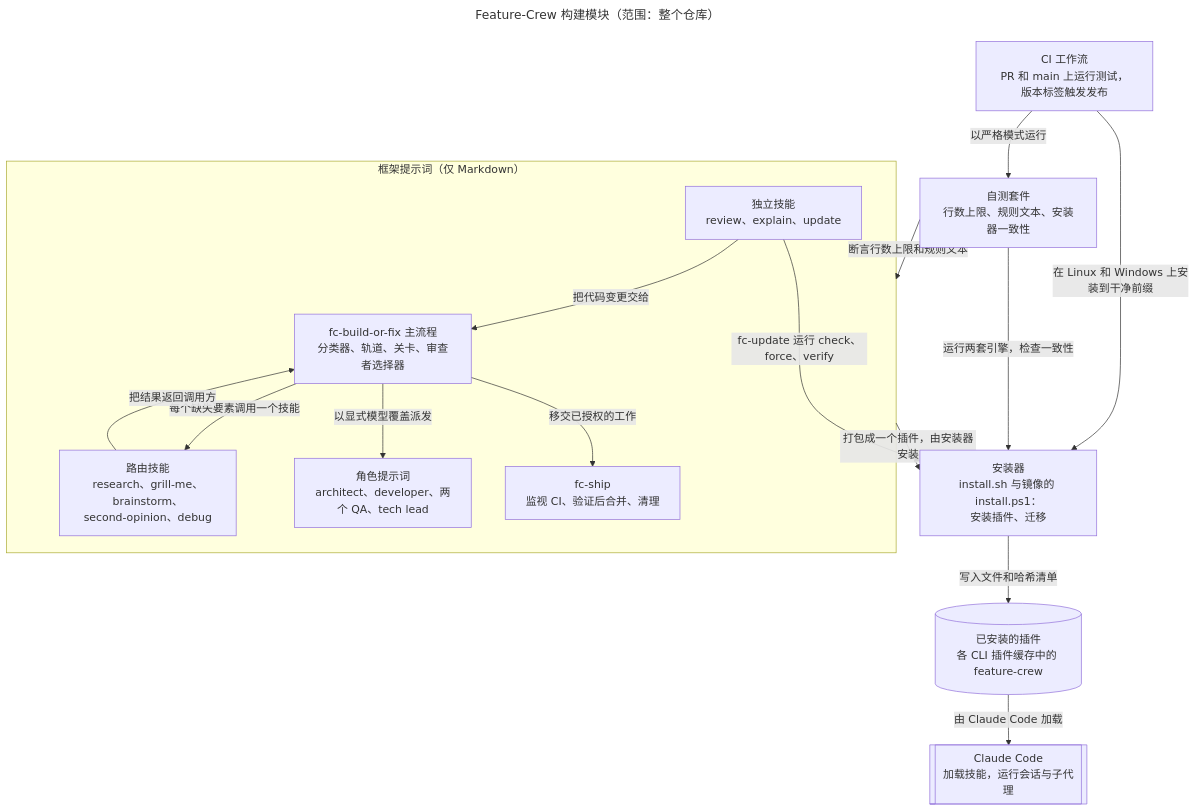
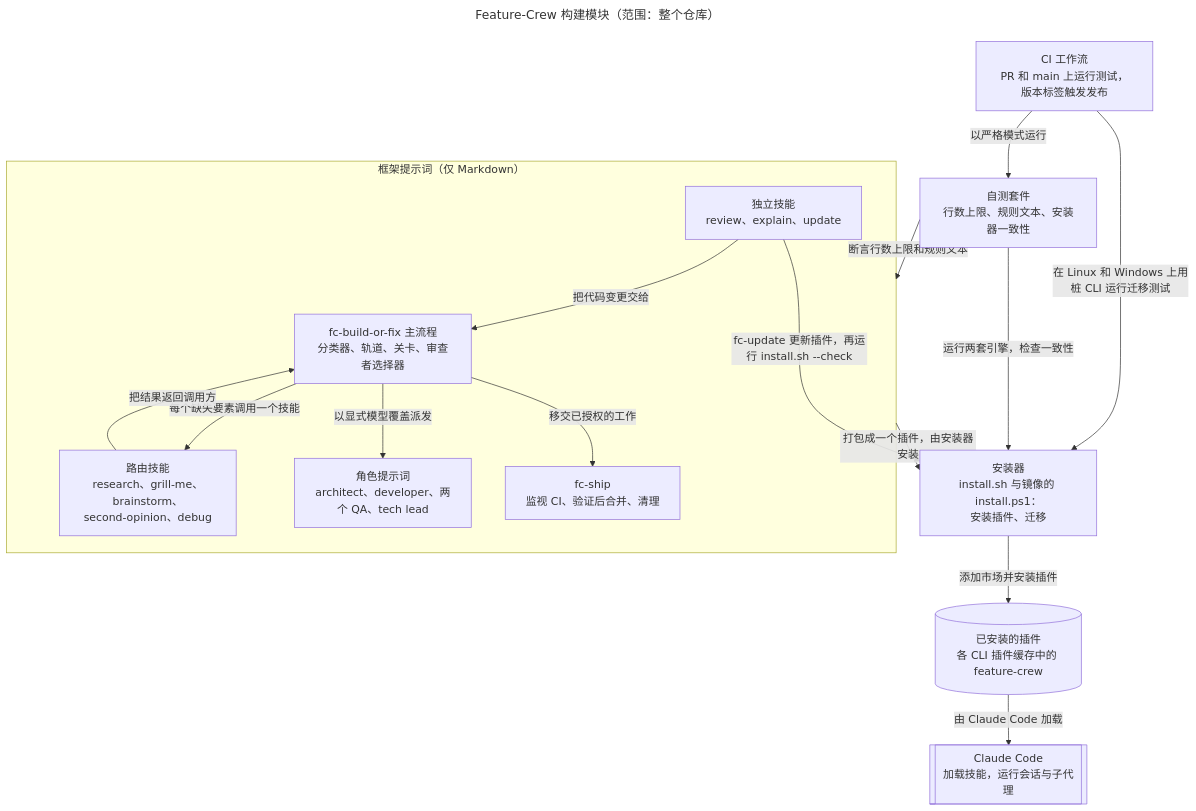
The first of 2 diagrams in wiki/Architecture-zh-CN.md (D0n9X1n/feature-crew), drawn with Mermaid before and after one commit. The commit also changed 9 other files, not shown here.

````diff
--- a/wiki/Architecture-zh-CN.md
+++ b/wiki/Architecture-zh-CN.md
@@ -11,32 +11,32 @@
 ```mermaid
 ---
 title: "Feature-Crew 构建模块（范围：整个仓库）"
 ---
 flowchart TB
     ci["CI 工作流<br/>PR 和 main 上运行测试，版本标签触发发布"]
     suite["自测套件<br/>行数上限、规则文本、安装器一致性"]
     subgraph fw ["框架提示词（仅 Markdown）"]
         other["独立技能<br/>review、explain、update"]
         bof["fc-build-or-fix 主流程<br/>分类器、轨道、关卡、审查者选择器"]
         routed["路由技能<br/>research、grill-me、brainstorm、<br/>second-opinion、debug"]
         roles["角色提示词<br/>architect、developer、两个 QA、tech lead"]
         ship["fc-ship<br/>监视 CI、验证后合并、清理"]
     end
     inst["安装器<br/>install.sh 与镜像的 install.ps1：<br/>安装插件、迁移"]
     home[("已安装的插件<br/>各 CLI 插件缓存中的 feature-crew")]
     cc[["Claude Code<br/>加载技能，运行会话与子代理"]]
 
     ci -->|以严格模式运行| suite
-    ci -->|在 Linux 和 Windows 上安装到干净前缀| inst
+    ci -->|在 Linux 和 Windows 上用桩 CLI 运行迁移测试| inst
     suite -->|断言行数上限和规则文本| fw
     suite -->|运行两套引擎，检查一致性| inst
     other -->|把代码变更交给| bof
-    other -->|fc-update 运行 check、force、verify| inst
+    other -->|fc-update 更新插件，再运行 install.sh --check| inst
     bof -->|每个缺失要素调用一个技能| routed
     routed -->|把结果返回调用方| bof
     bof -->|以显式模型覆盖派发| roles
     bof -->|移交已授权的工作| ship
     fw -->|打包成一个插件，由安装器安装| inst
-    inst -->|写入文件和哈希清单| home
+    inst -->|添加市场并安装插件| home
     home -->|由 Claude Code 加载| cc
 ```
````
